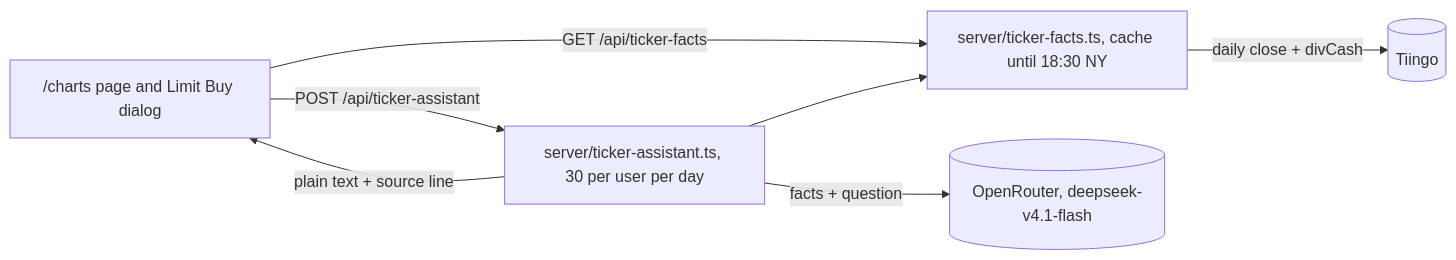
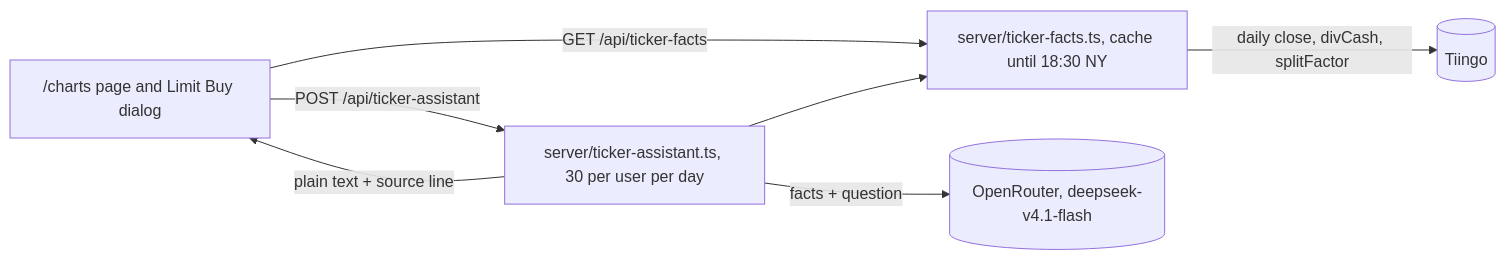
The second of 2 diagrams in .claude/reference/architecture.md (ryanportfolio/KineFractal), drawn with Mermaid before and after one commit. The commit also changed other lines of this file and 9 other files, not shown here.

````diff
--- a/.claude/reference/architecture.md
+++ b/.claude/reference/architecture.md
@@ -21,9 +21,9 @@
 ```mermaid
 flowchart LR
   page["/charts page and Limit Buy dialog"] -->|"GET /api/ticker-facts"| facts["server/ticker-facts.ts, cache until 18:30 NY"]
-  facts -->|"daily close + divCash"| tiingo[("Tiingo")]
+  facts -->|"daily close, divCash, splitFactor"| tiingo[("Tiingo")]
   page -->|"POST /api/ticker-assistant"| assist["server/ticker-assistant.ts, 30 per user per day"]
   assist --> facts
   assist -->|"facts + question"| openrouter[("OpenRouter, deepseek-v4.1-flash")]
   assist -->|"plain text + source line"| page
 ```
````
